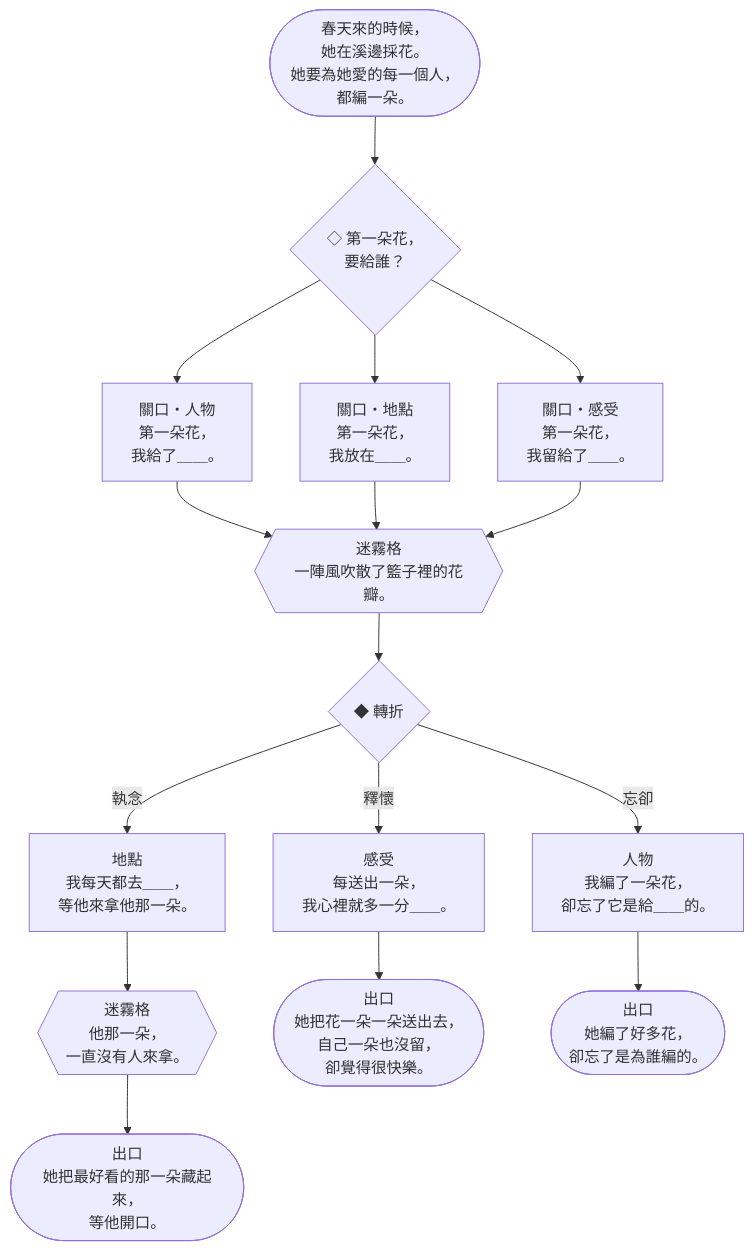
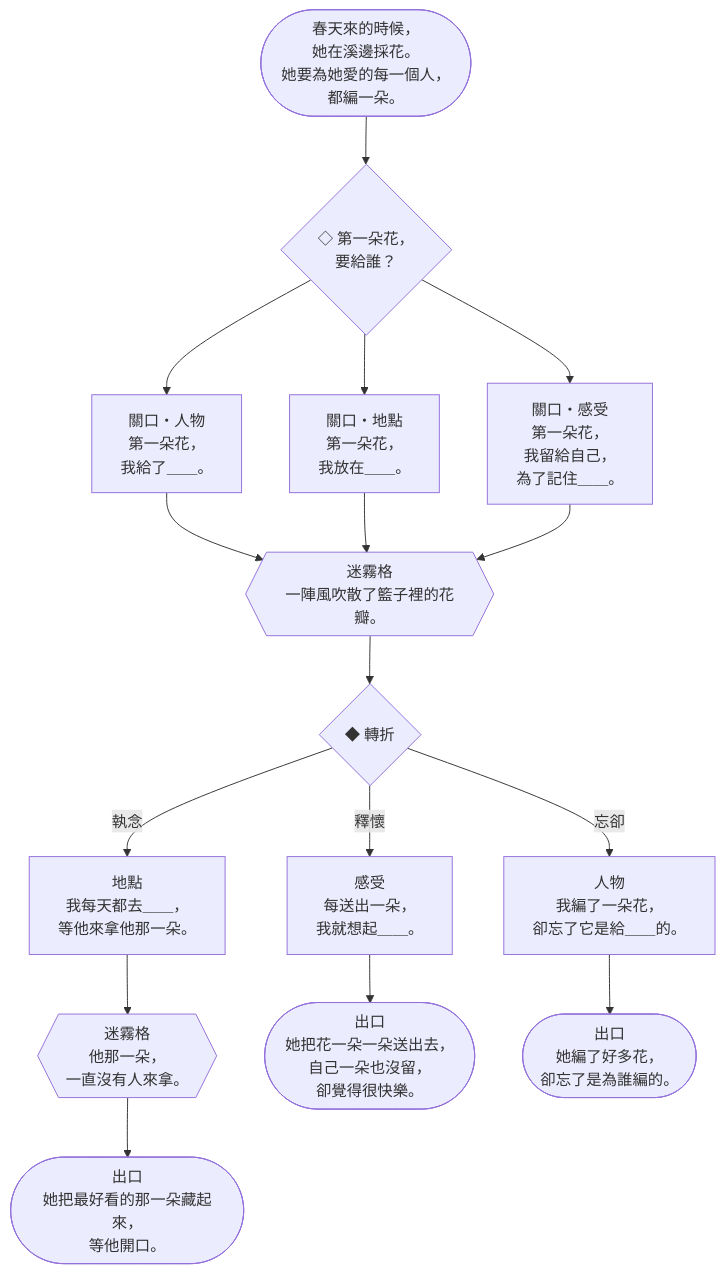
Before and after one commit to Ralph-Liu-Hub/Boardgame-Netherbloom: the fourth of 15 diagrams in docs/design/V5-storybooks.zh-TW.md, drawn with Mermaid. The commit also changed other lines of this file and 4 other files, not shown here.

````diff
--- a/docs/design/V5-storybooks.zh-TW.md
+++ b/docs/design/V5-storybooks.zh-TW.md
@@ -418,31 +418,31 @@
 ```mermaid
 flowchart TD
   c0E(["春天來的時候，<br>她在溪邊採花。<br>她要為她愛的每一個人，<br>都編一朵。"]) --> c0p1
   c0p1{"◇ 第一朵花，<br>要給誰？"}
   c0p1 --> c0a1
   c0p1 --> c0a2
   c0p1 --> c0a3
   c0a1["關口・人物<br>第一朵花，<br>我給了＿＿。"]
   c0a1 --> c0x1
   c0a2["關口・地點<br>第一朵花，<br>我放在＿＿。"]
   c0a2 --> c0x1
-  c0a3["關口・感受<br>第一朵花，<br>我留給了＿＿。"]
+  c0a3["關口・感受<br>第一朵花，<br>我留給自己，<br>為了記住＿＿。"]
   c0a3 --> c0x1
   c0x1{{"迷霧格<br>一陣風吹散了籃子裡的花瓣。"}}
   c0x1 --> c0f
   c0f{"◆ 轉折"}
   c0f -- 執念 --> c0c1
   c0f -- 釋懷 --> c0c2
   c0f -- 忘卻 --> c0c3
   c0c1["地點<br>我每天都去＿＿，<br>等他來拿他那一朵。"]
   c0c1 --> c0x2
   c0x2{{"迷霧格<br>他那一朵，<br>一直沒有人來拿。"}}
   c0x2 --> c0o1
-  c0c2["感受<br>每送出一朵，<br>我心裡就多一分＿＿。"]
+  c0c2["感受<br>每送出一朵，<br>我就想起＿＿。"]
   c0c2 --> c0o2
   c0c3["人物<br>我編了一朵花，<br>卻忘了它是給＿＿的。"]
   c0c3 --> c0o3
   c0o1(["出口<br>她把最好看的那一朵藏起來，<br>等他開口。"])
   c0o2(["出口<br>她把花一朵一朵送出去，<br>自己一朵也沒留，<br>卻覺得很快樂。"])
   c0o3(["出口<br>她編了好多花，<br>卻忘了是為誰編的。"])
 ```
````
